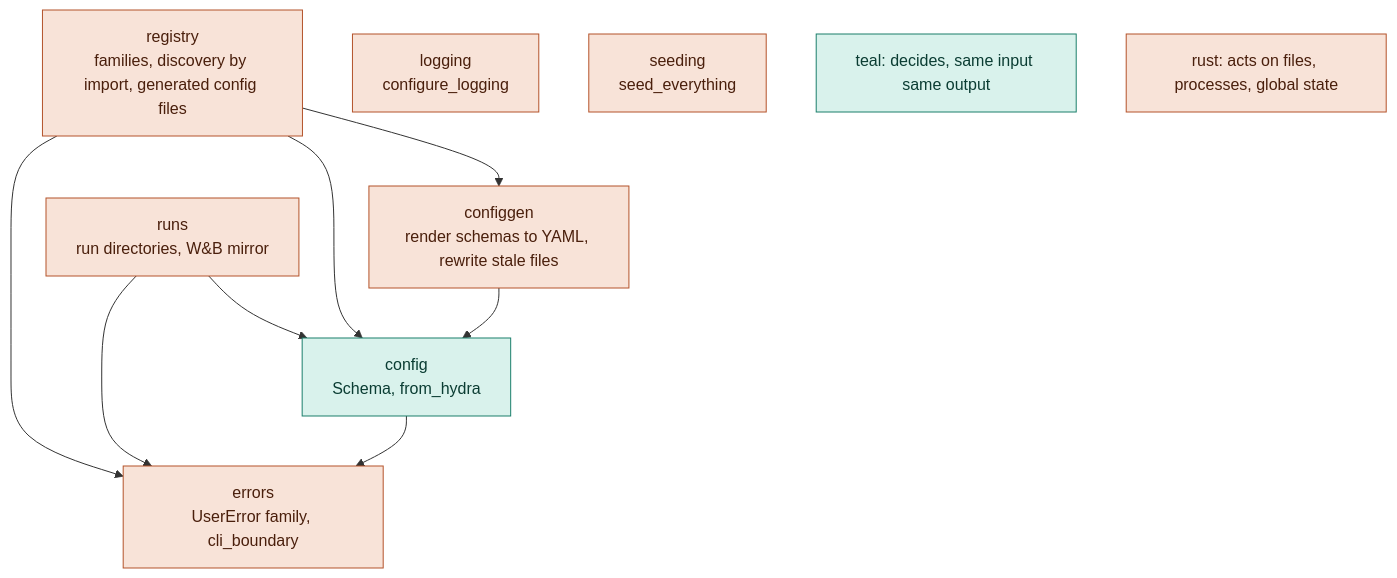
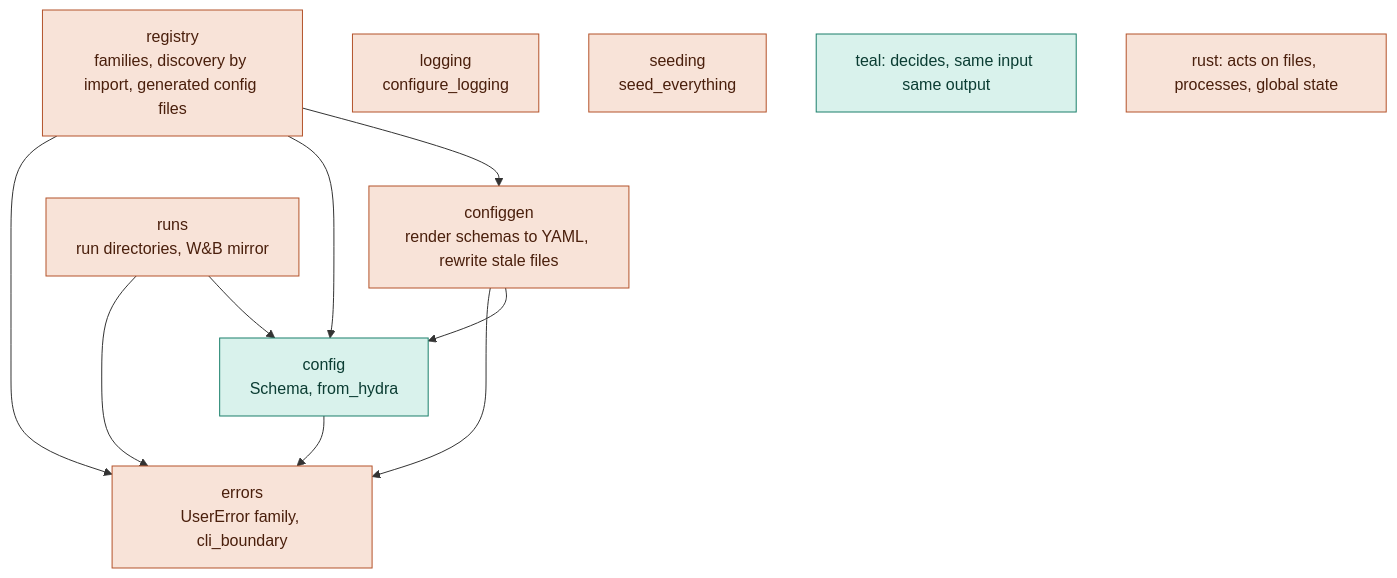
One commit to nuinashco/nuikit changed the diagram in CONTRIBUTING.md. Above: the diagram before and after it, drawn with Mermaid. The commit also changed other lines of this file and 33 other files, not shown here.

````diff
--- a/CONTRIBUTING.md
+++ b/CONTRIBUTING.md
@@ -9,18 +9,18 @@
 ```mermaid
 flowchart TD
     registry["registry<br/>families, discovery by import, generated config files"]:::side
     configgen["configgen<br/>render schemas to YAML, rewrite stale files"]:::side
     runs["runs<br/>run directories, W&B mirror"]:::side
     config["config<br/>Schema, from_hydra"]:::pure
     errors["errors<br/>UserError family, cli_boundary"]:::side
     logging["logging<br/>configure_logging"]:::side
     seeding["seeding<br/>seed_everything"]:::side
     registry --> configgen & config & errors
-    configgen --> config
+    configgen --> config & errors
     runs --> config & errors
     config --> errors
     pure["teal: decides, same input same output"]:::pure
     side["rust: acts on files, processes, global state"]:::side
     classDef pure fill:#d9f2ec,stroke:#1b7f6b,color:#0b3d33
     classDef side fill:#f8e3d8,stroke:#b4532a,color:#4a1f0c
 ```
````
